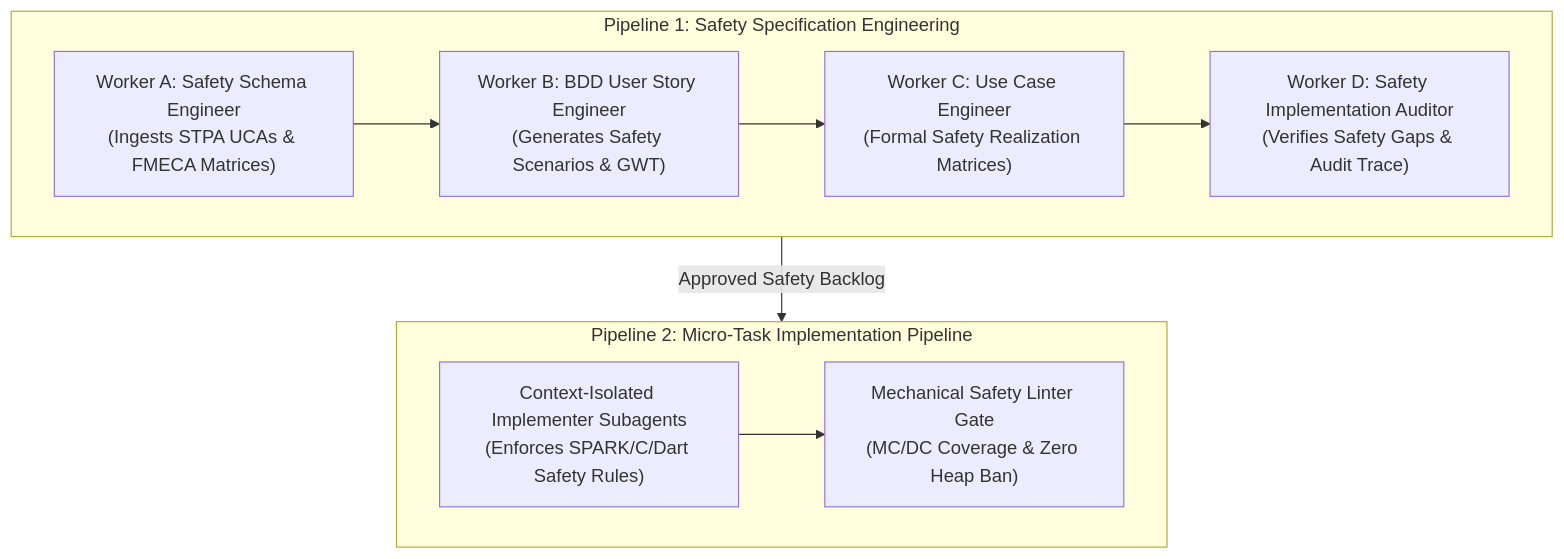
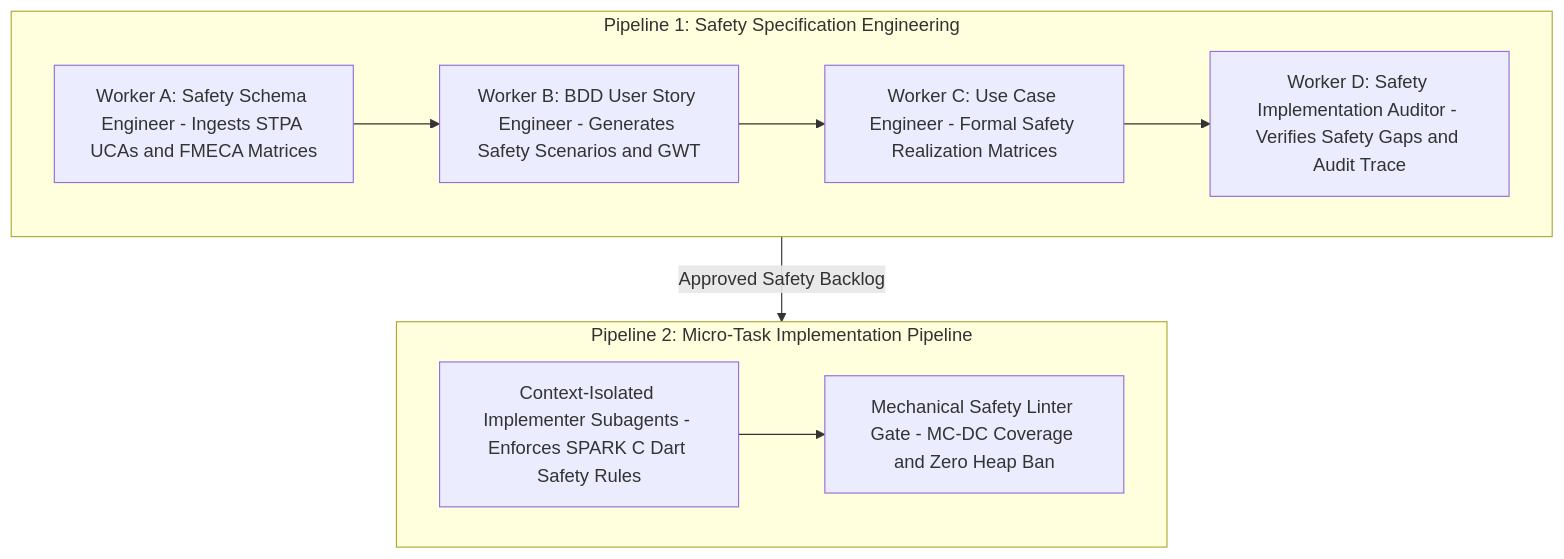
Before and after one commit to gintatkinson/DEAP-spec-core: the sixth of 8 diagrams in docs/architecture/blueprints/DEAP_FLIGHT_SYSTEMS_SAFETY_CONCEPT_PAPER.md, drawn with Mermaid. The commit also changed other lines of this file and 5 other files, not shown here.

````diff
--- a/docs/architecture/blueprints/DEAP_FLIGHT_SYSTEMS_SAFETY_CONCEPT_PAPER.md
+++ b/docs/architecture/blueprints/DEAP_FLIGHT_SYSTEMS_SAFETY_CONCEPT_PAPER.md
@@ -565,20 +565,20 @@
 ```mermaid
 flowchart TD
     subgraph Pipe1 ["Pipeline 1: Safety Specification Engineering"]
-        WorkerA["Worker A: Safety Schema Engineer\n(Ingests STPA UCAs & FMECA Matrices)"]
-        WorkerB["Worker B: BDD User Story Engineer\n(Generates Safety Scenarios & GWT)"]
-        WorkerC["Worker C: Use Case Engineer\n(Formal Safety Realization Matrices)"]
-        WorkerD["Worker D: Safety Implementation Auditor\n(Verifies Safety Gaps & Audit Trace)"]
+        WorkerA["Worker A: Safety Schema Engineer - Ingests STPA UCAs and FMECA Matrices"]
+        WorkerB["Worker B: BDD User Story Engineer - Generates Safety Scenarios and GWT"]
+        WorkerC["Worker C: Use Case Engineer - Formal Safety Realization Matrices"]
+        WorkerD["Worker D: Safety Implementation Auditor - Verifies Safety Gaps and Audit Trace"]
 
         WorkerA --> WorkerB --> WorkerC --> WorkerD
     end
 
     subgraph Pipe2 ["Pipeline 2: Micro-Task Implementation Pipeline"]
-        SubImpl["Context-Isolated Implementer Subagents\n(Enforces SPARK/C/Dart Safety Rules)"]
-        SafetyLinter["Mechanical Safety Linter Gate\n(MC/DC Coverage & Zero Heap Ban)"]
+        SubImpl["Context-Isolated Implementer Subagents - Enforces SPARK C Dart Safety Rules"]
+        SafetyLinter["Mechanical Safety Linter Gate - MC-DC Coverage and Zero Heap Ban"]
 
         SubImpl --> SafetyLinter
     end
 
     Pipe1 -->|"Approved Safety Backlog"| Pipe2
 ```
````
